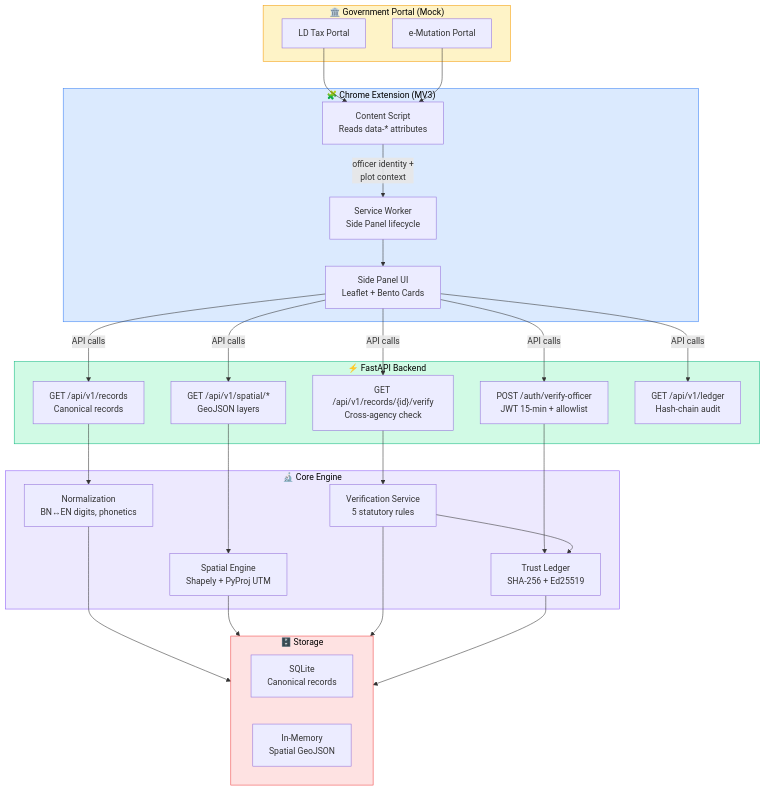
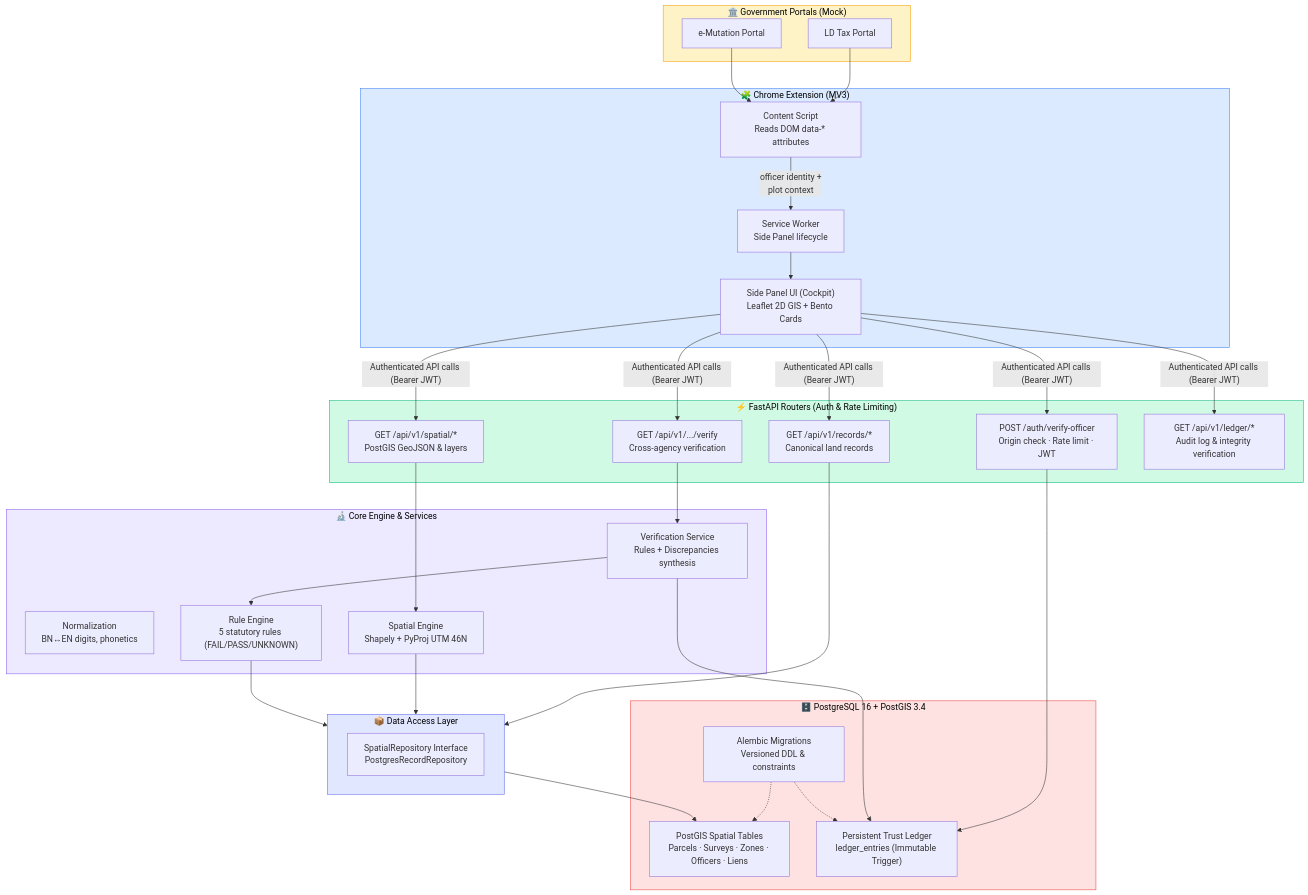
One commit to Erebo/naksha changed the first of 9 diagrams in README.md. Above: the diagram before and after it, drawn with Mermaid. The commit also changed other lines of this file, not shown here.

First line of the commit message:
docs: update architecture diagrams, PostGIS ERD, quickstart, and 136-test suite

````diff
--- a/README.md
+++ b/README.md
@@ -35,51 +36,60 @@
 ```mermaid
 flowchart TB
-    subgraph PORTAL["🏛️ Government Portal (Mock)"]
+    subgraph PORTAL["🏛️ Government Portals (Mock)"]
         P1["LD Tax Portal"]
         P2["e-Mutation Portal"]
     end
 
     subgraph EXT["🧩 Chrome Extension (MV3)"]
-        CS["Content Script<br/>Reads data-* attributes"]
+        CS["Content Script<br/>Reads DOM data-* attributes"]
         BG["Service Worker<br/>Side Panel lifecycle"]
-        SP["Side Panel UI<br/>Leaflet + Bento Cards"]
+        SP["Side Panel UI (Cockpit)<br/>Leaflet 2D GIS + Bento Cards"]
     end
 
-    subgraph API["⚡ FastAPI Backend"]
-        AUTH["POST /auth/verify-officer<br/>JWT 15-min + allowlist"]
-        REC["GET /api/v1/records<br/>Canonical records"]
-        SPATIAL["GET /api/v1/spatial/*<br/>GeoJSON layers"]
-        VERIFY["GET /api/v1/records/{id}/verify<br/>Cross-agency check"]
-        LEDGER["GET /api/v1/ledger<br/>Hash-chain audit"]
+    subgraph API["⚡ FastAPI Routers (Auth & Rate Limiting)"]
+        AUTH["POST /auth/verify-officer<br/>Origin check · Rate limit · JWT"]
+        REC["GET /api/v1/records/*<br/>Canonical land records"]
+        SPATIAL["GET /api/v1/spatial/*<br/>PostGIS GeoJSON & layers"]
+        VERIFY["GET /api/v1/.../verify<br/>Cross-agency verification"]
+        LEDGER["GET /api/v1/ledger/*<br/>Audit log & integrity verification"]
     end
 
-    subgraph ENGINE["🔬 Core Engine"]
+    subgraph ENGINE["🔬 Core Engine & Services"]
         NORM["Normalization<br/>BN↔EN digits, phonetics"]
-        SPA["Spatial Engine<br/>Shapely + PyProj UTM"]
-        VER["Verification Service<br/>5 statutory rules"]
-        TRUST["Trust Ledger<br/>SHA-256 + Ed25519"]
+        SPA["Spatial Engine<br/>Shapely + PyProj UTM 46N"]
+        RULES["Rule Engine<br/>5 statutory rules (FAIL/PASS/UNKNOWN)"]
+        VER["Verification Service<br/>Rules + Discrepancies synthesis"]
     end
 
-    subgraph DB["🗄️ Storage"]
-        SQL["SQLite<br/>Canonical records"]
-        MEM["In-Memory<br/>Spatial GeoJSON"]
+    subgraph REPO["📦 Data Access Layer"]
+        RBASE["SpatialRepository Interface<br/>PostgresRecordRepository"]
+    end
+
+    subgraph DB["🗄️ PostgreSQL 16 + PostGIS 3.4"]
+        PG["PostGIS Spatial Tables<br/>Parcels · Surveys · Zones · Officers · Liens"]
+        TRUST["Persistent Trust Ledger<br/>ledger_entries (Immutable Trigger)"]
+        ALEMBIC["Alembic Migrations<br/>Versioned DDL & constraints"]
     end
 
     P1 & P2 --> CS
     CS -->|"officer identity +<br/>plot context"| BG
     BG --> SP
-    SP -->|"API calls"| AUTH & REC & SPATIAL & VERIFY & LEDGER
+    SP -->|"Authenticated API calls (Bearer JWT)"| AUTH & REC & SPATIAL & VERIFY & LEDGER
     AUTH --> TRUST
-    REC --> NORM
+    REC --> REPO
     SPATIAL --> SPA
+    SPA --> REPO
     VERIFY --> VER
+    VER --> RULES
     VER --> TRUST
-    NORM & SPA & VER --> DB
-    TRUST --> DB
+    RULES --> REPO
+    REPO --> PG
+    ALEMBIC -.-> PG & TRUST
 
     style PORTAL fill:#FEF3C7,stroke:#F59E0B,color:#000
     style EXT fill:#DBEAFE,stroke:#3B82F6,color:#000
     style API fill:#D1FAE5,stroke:#10B981,color:#000
     style ENGINE fill:#EDE9FE,stroke:#8B5CF6,color:#000
+    style REPO fill:#E0E7FF,stroke:#6366F1,color:#000
     style DB fill:#FEE2E2,stroke:#EF4444,color:#000
 ```
````
